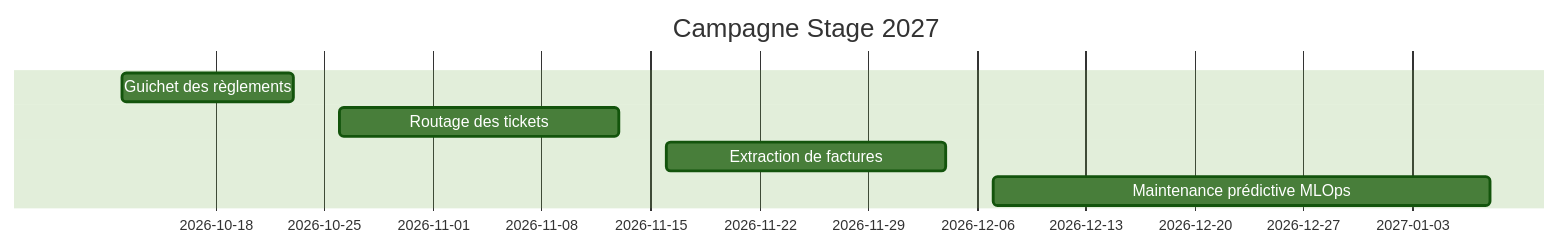
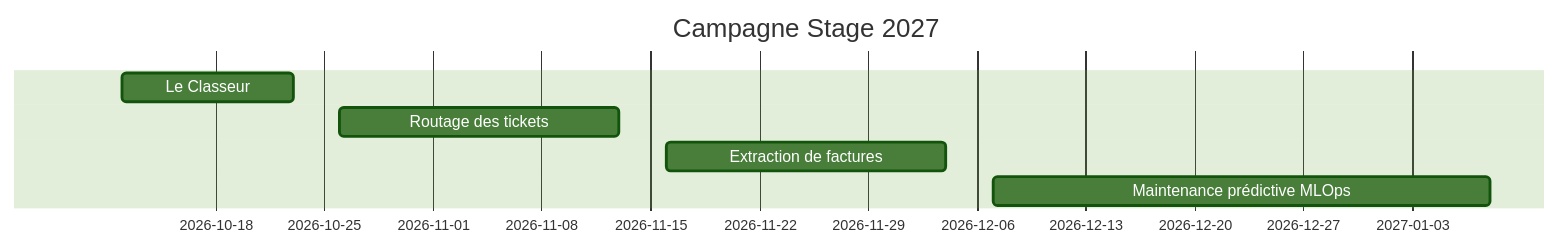
The diagram in docs/explications/P0-03.md (ItxMveng/portfolio), drawn with Mermaid (forest theme) before and after one commit. The commit also changed other lines of this file and 5 other files, not shown here.

````diff
--- a/docs/explications/P0-03.md
+++ b/docs/explications/P0-03.md
@@ -11,9 +11,9 @@
 ```mermaid
 gantt
     dateFormat YYYY-MM-DD
     title Campagne Stage 2027
-    Guichet des règlements          :2026-10-12, 2026-10-23
+    Le Classeur          :2026-10-12, 2026-10-23
     Routage des tickets         :2026-10-26, 2026-11-13
     Extraction de factures      :2026-11-16, 2026-12-04
     Maintenance prédictive MLOps:2026-12-07, 2027-01-08
 ```
````
